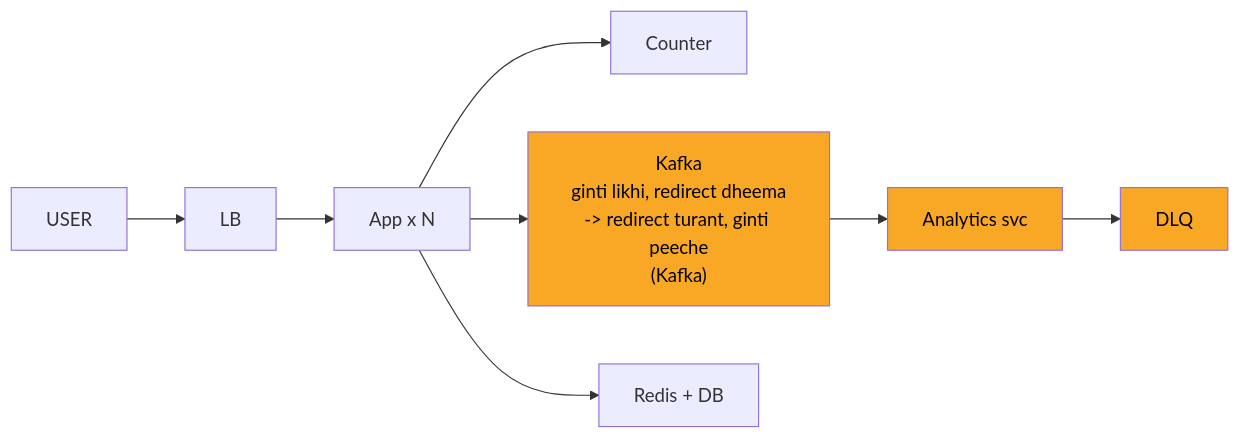
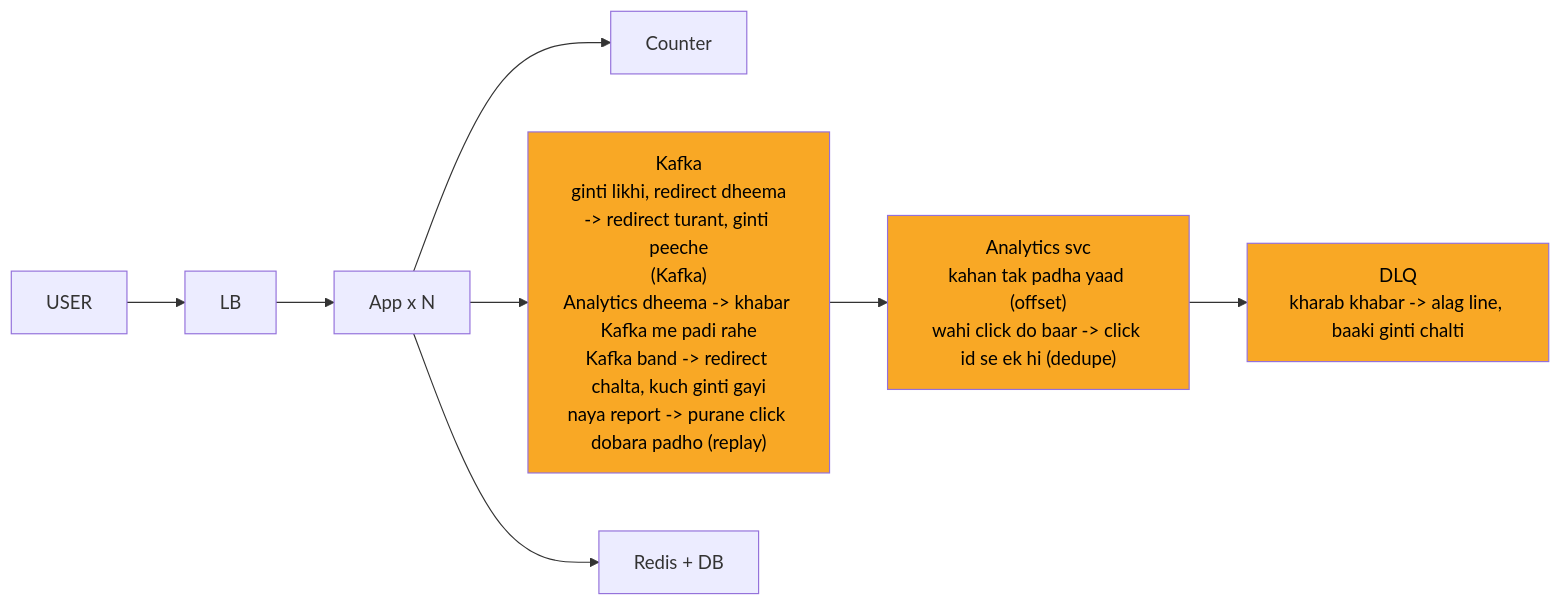
The fifth of 10 diagrams in 04_HLD/SYSTEM_DESIGNS/01_url_shortener/01_url_shortener.md (ArpanMaheshwari144/Prep), drawn with Mermaid before and after one commit. The commit also changed other lines of this file, not shown here.

Commit message:
url shortener: peele dabbe me SAFAR ke mod (diagram padhte hi sab mile)

````diff
--- a/04_HLD/SYSTEM_DESIGNS/01_url_shortener/01_url_shortener.md
+++ b/04_HLD/SYSTEM_DESIGNS/01_url_shortener/01_url_shortener.md
@@ -224,21 +224,21 @@
 ```mermaid
 flowchart LR
     n_USER["USER"]
     n_LB["LB"]
     n_App_xN["App x N"]
     n_Counter["Counter"]
-    n_Kafka["Kafka<br/>ginti likhi, redirect dheema<br/>-> redirect turant, ginti peeche<br/>(Kafka)"]
-    n_Analytics_svc["Analytics svc"]
-    n_DLQ["DLQ"]
+    n_Kafka["Kafka<br/>ginti likhi, redirect dheema<br/>-> redirect turant, ginti peeche<br/>(Kafka)<br/>Analytics dheema -> khabar Kafka me padi rahe<br/>Kafka band -> redirect chalta, kuch ginti gayi<br/>naya report -> purane click dobara padho (replay)"]
+    n_Analytics_svc["Analytics svc<br/>kahan tak padha yaad (offset)<br/>wahi click do baar -> click id se ek hi (dedupe)"]
+    n_DLQ["DLQ<br/>kharab khabar -> alag line, baaki ginti chalti"]
     n_RD["Redis + DB"]
     n_USER --> n_LB
     n_LB --> n_App_xN
     n_App_xN --> n_Counter
     n_App_xN --> n_Kafka
     n_App_xN --> n_RD
     n_Kafka --> n_Analytics_svc
     n_Analytics_svc --> n_DLQ
     style n_Kafka fill:#f9a825,color:#000
     style n_Analytics_svc fill:#f9a825,color:#000
     style n_DLQ fill:#f9a825,color:#000
 ```
````
